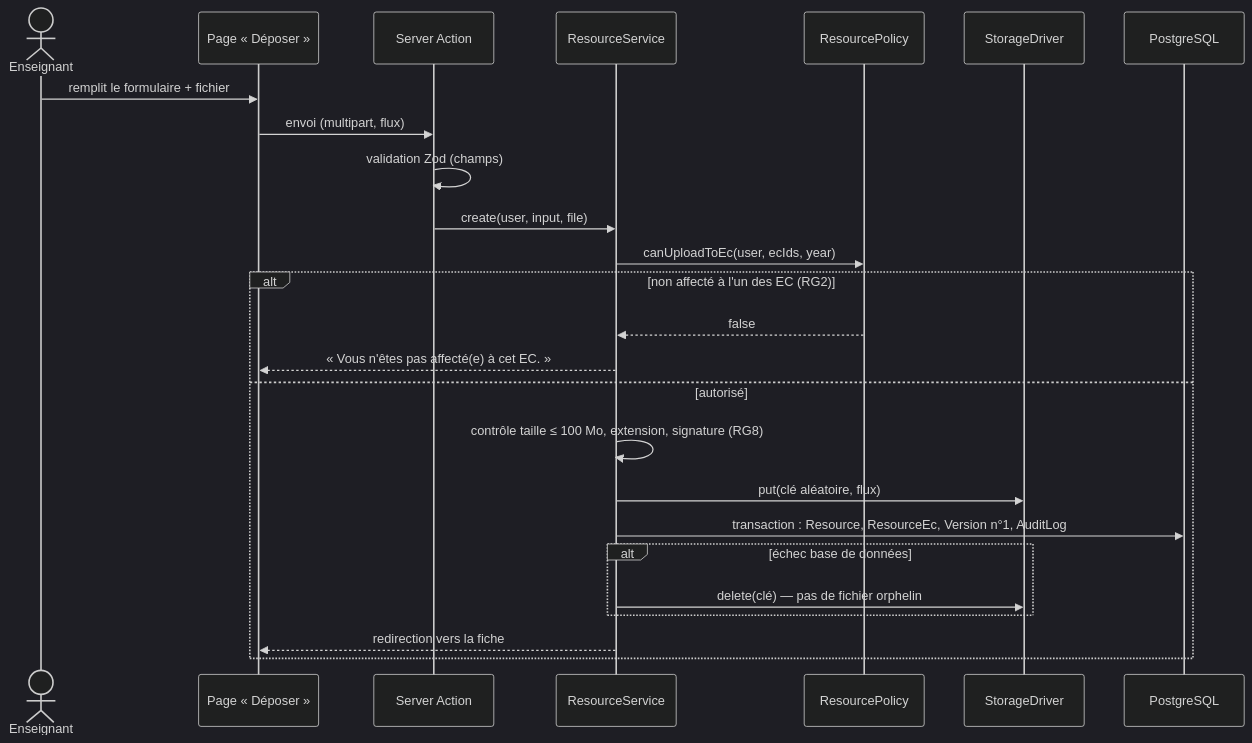
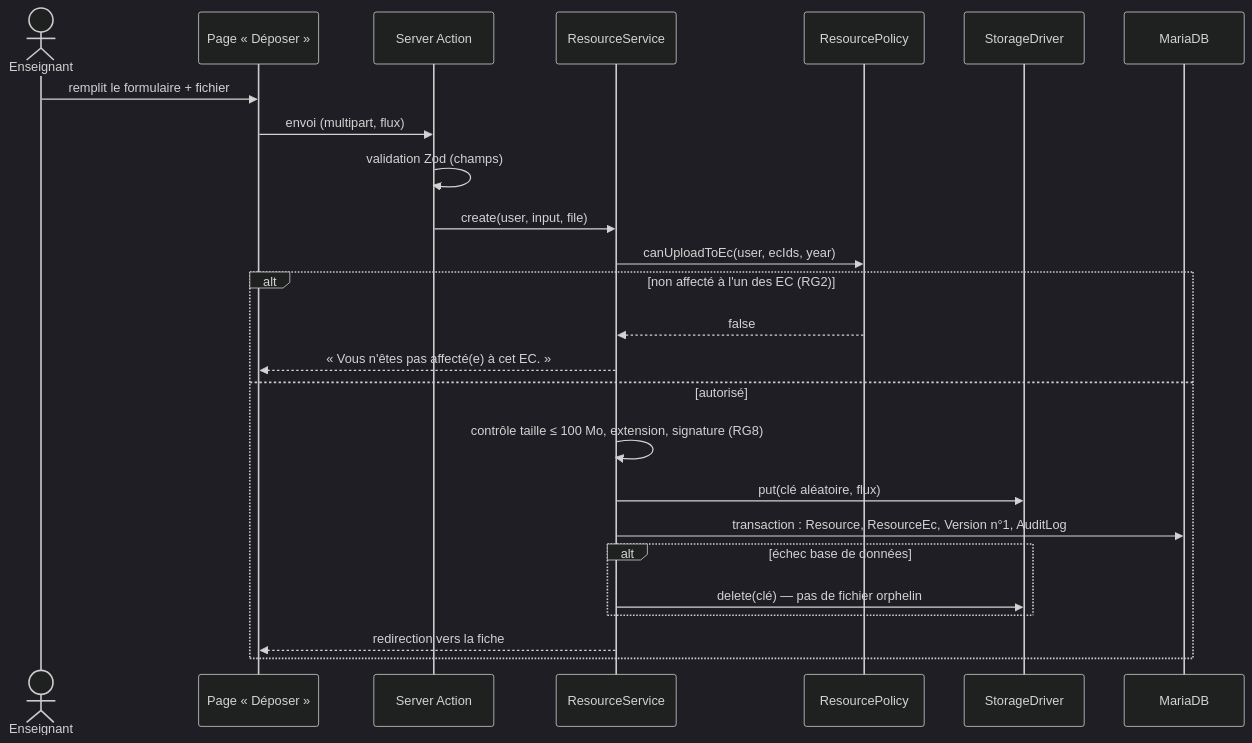
Before and after one commit to sene26/Ressources_Pedagogiques: the tenth of 11 diagrams in docs/diagrammes.md, drawn with Mermaid (dark theme). The commit also changed other lines of this file and 5 other files, not shown here.

````diff
--- a/docs/diagrammes.md
+++ b/docs/diagrammes.md
@@ -457,28 +457,28 @@
 ```mermaid
 sequenceDiagram
     actor E as Enseignant
     participant UI as Page « Déposer »
     participant SA as Server Action
     participant RS as ResourceService
     participant P as ResourcePolicy
     participant ST as StorageDriver
-    participant DB as PostgreSQL
+    participant DB as MariaDB
 
     E->>UI: remplit le formulaire + fichier
     UI->>SA: envoi (multipart, flux)
     SA->>SA: validation Zod (champs)
     SA->>RS: create(user, input, file)
     RS->>P: canUploadToEc(user, ecIds, year)
     alt non affecté à l'un des EC (RG2)
         P-->>RS: false
         RS-->>UI: « Vous n'êtes pas affecté(e) à cet EC. »
     else autorisé
         RS->>RS: contrôle taille ≤ 100 Mo, extension, signature (RG8)
         RS->>ST: put(clé aléatoire, flux)
         RS->>DB: transaction : Resource, ResourceEc, Version n°1, AuditLog
         alt échec base de données
             RS->>ST: delete(clé) — pas de fichier orphelin
         end
         RS-->>UI: redirection vers la fiche
     end
 ```
````
